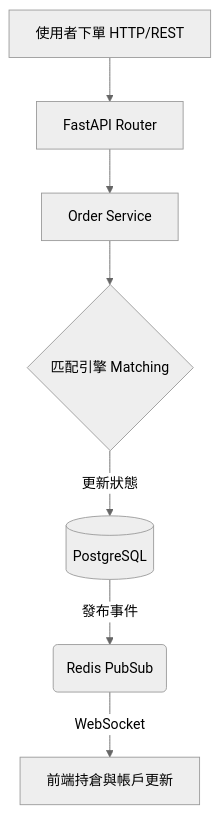
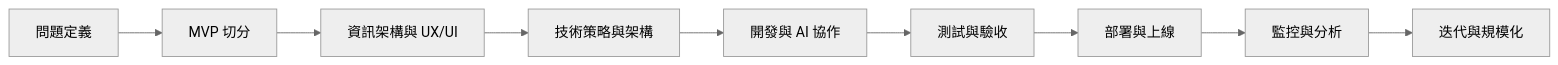
Before and after one commit to colinjen88/NexDev: the diagram in study.md, drawn with Mermaid (neutral theme). The commit also changed other lines of this file and 6 other files, not shown here.

````diff
--- a/study.md
+++ b/study.md
@@ -92,9 +124,11 @@
 ```mermaid
-graph TD
-    A[使用者下單 HTTP/REST] --> B[FastAPI Router]
-    B --> C[Order Service]
-    C --> D{匹配引擎 Matching}
-    D -->|更新狀態| E[(PostgreSQL)]
-    E -->|發布事件| F(Redis PubSub)
-    F -->|WebSocket| G[前端持倉與帳戶更新]
+flowchart LR
+    A[問題定義] --> B[MVP 切分]
+    B --> C[資訊架構與 UX/UI]
+    C --> D[技術策略與架構]
+    D --> E[開發與 AI 協作]
+    E --> F[測試與驗收]
+    F --> G[部署與上線]
+    G --> H[監控與分析]
+    H --> I[迭代與規模化]
 ```
````
